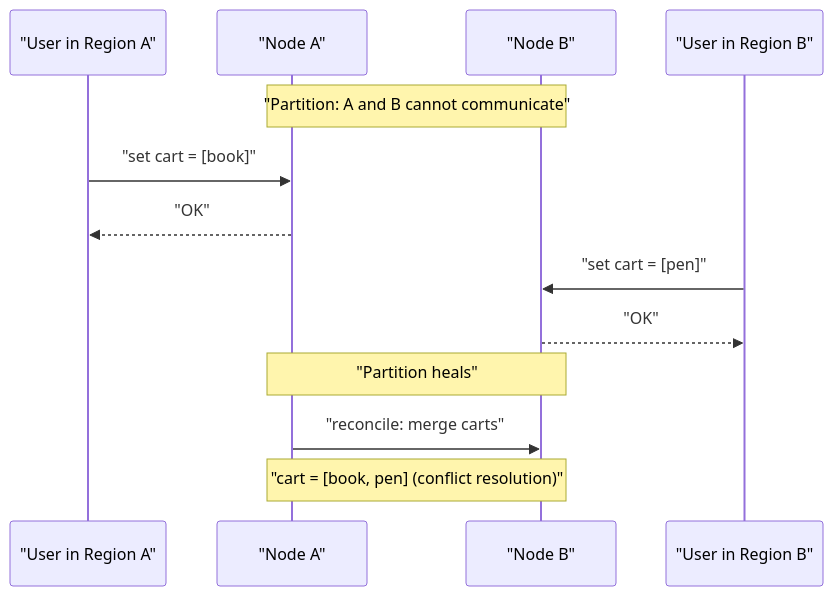
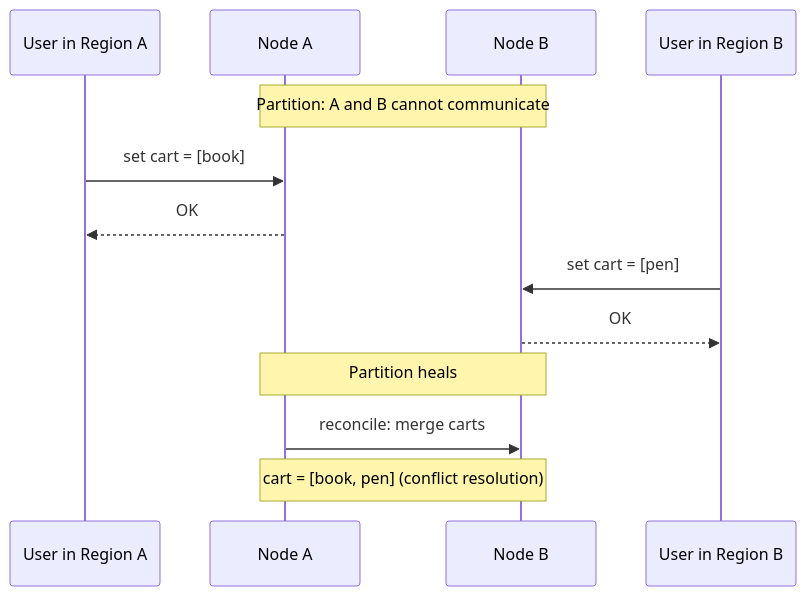
Before and after one commit to vabs/vabs.github.io: the second of 2 diagrams in content/post/cap-theorem-in-practice.md, drawn with Mermaid. The commit also changed other lines of this file and 87 other files, not shown here.

First line of the commit message:
Fix: Readable mermaid diagrams and fact-check blog posts

```diff
--- a/content/post/cap-theorem-in-practice.md
+++ b/content/post/cap-theorem-in-practice.md
@@ -57,15 +57,15 @@
 {{< mermaid >}}
 sequenceDiagram
-  participant U1 as "User in Region A"
-  participant NA as "Node A"
-  participant NB as "Node B"
-  participant U2 as "User in Region B"
-  Note over NA,NB: "Partition: A and B cannot communicate"
-  U1->>NA: "set cart = [book]"
-  NA-->>U1: "OK"
-  U2->>NB: "set cart = [pen]"
-  NB-->>U2: "OK"
-  Note over NA,NB: "Partition heals"
-  NA->>NB: "reconcile: merge carts"
-  Note over NA,NB: "cart = [book, pen] (conflict resolution)"
+  participant U1 as User in Region A
+  participant NA as Node A
+  participant NB as Node B
+  participant U2 as User in Region B
+  Note over NA,NB: Partition: A and B cannot communicate
+  U1->>NA: set cart = [book]
+  NA-->>U1: OK
+  U2->>NB: set cart = [pen]
+  NB-->>U2: OK
+  Note over NA,NB: Partition heals
+  NA->>NB: reconcile: merge carts
+  Note over NA,NB: cart = [book, pen] (conflict resolution)
 {{< /mermaid >}}
```
